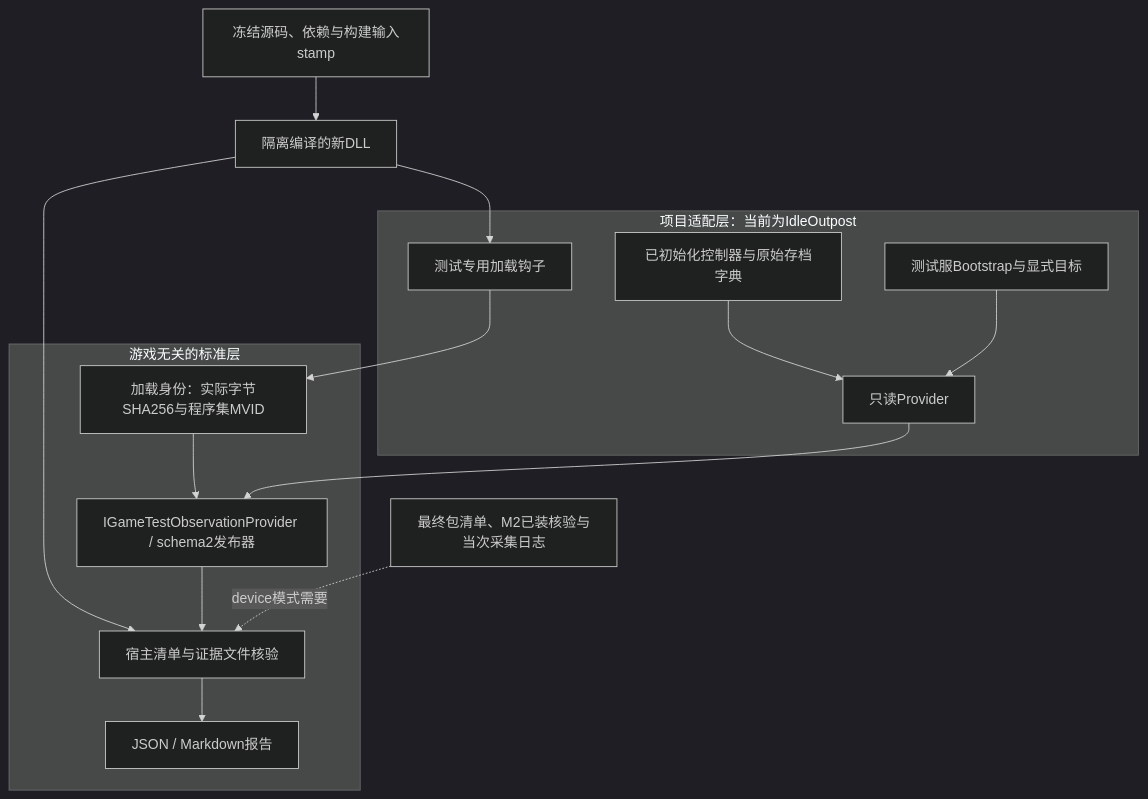
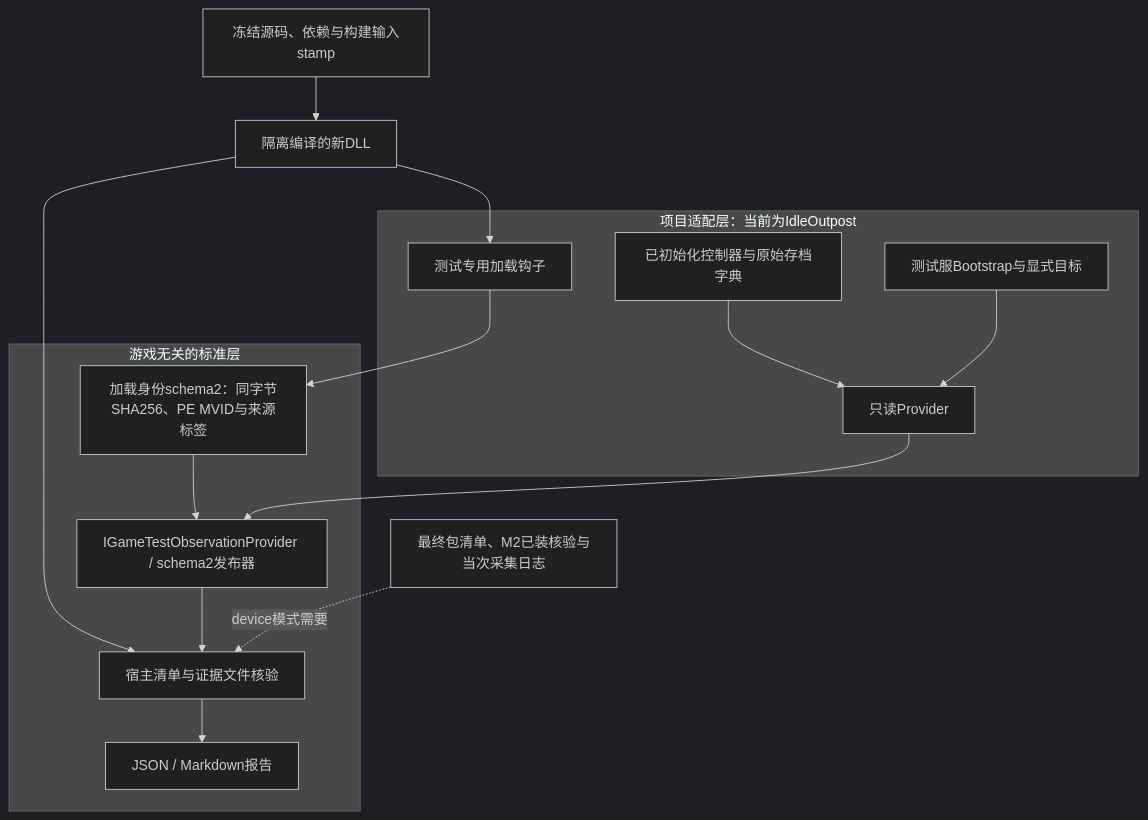
Before and after one commit to caiyipeng2/AI-Test-Agent: the first of 2 diagrams in docs/m3/runtime-provider.md, drawn with Mermaid (dark theme). The commit also changed other lines of this file and 21 other files, not shown here.

````diff
--- a/docs/m3/runtime-provider.md
+++ b/docs/m3/runtime-provider.md
@@ -7,21 +7,21 @@
 ```mermaid
 flowchart TB
     subgraph Standard[游戏无关的标准层]
-        I[加载身份：实际字节SHA256与程序集MVID]
+        I[加载身份schema2：同字节SHA256、PE MVID与来源标签]
         P[IGameTestObservationProvider / schema2发布器]
         H[宿主清单与证据文件核验]
         R[JSON / Markdown报告]
         I --> P
         P --> H --> R
     end
     subgraph Adapter[项目适配层：当前为IdleOutpost]
         L[测试专用加载钩子] --> I
         C[已初始化控制器与原始存档字典] --> A[只读Provider]
         A --> P
         B[测试服Bootstrap与显式目标] --> A
     end
     F[冻结源码、依赖与构建输入stamp] --> D[隔离编译的新DLL]
     D --> L
     D --> H
     M[最终包清单、M2已装核验与当次采集日志] -. device模式需要 .-> H
 ```
````
